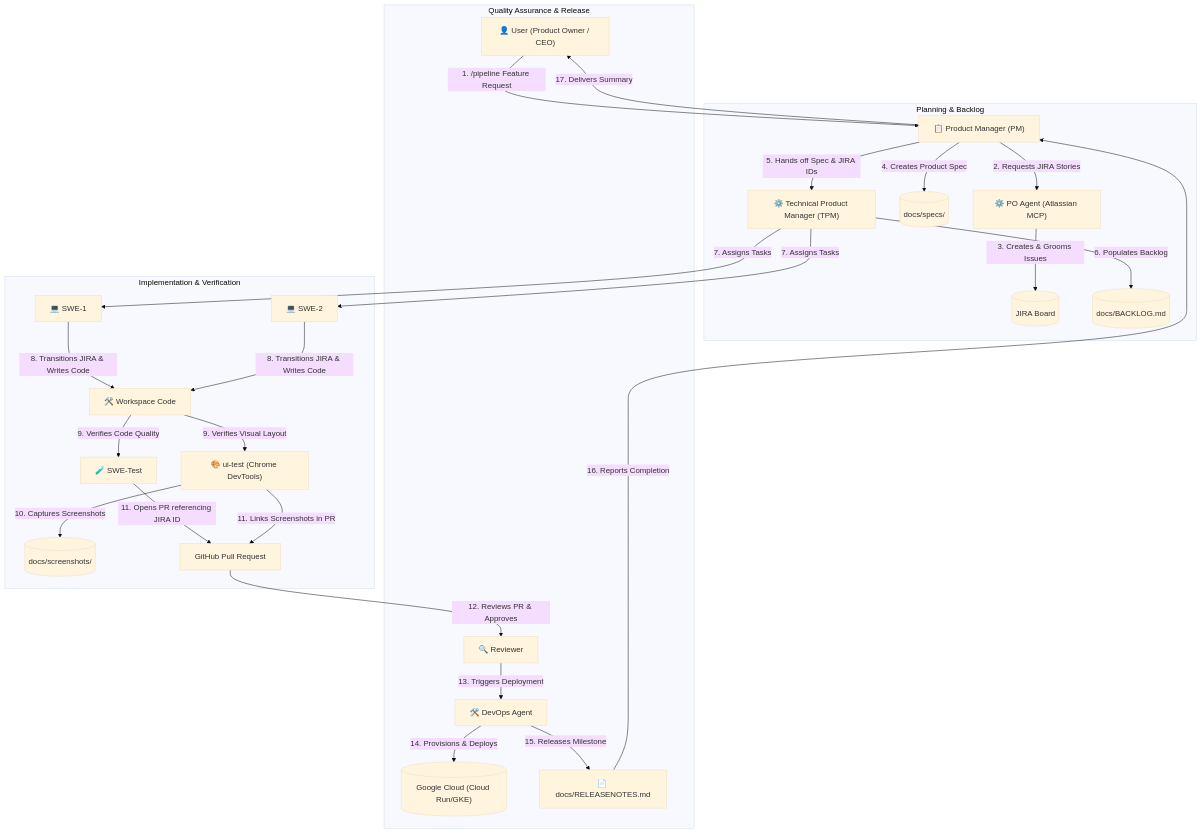
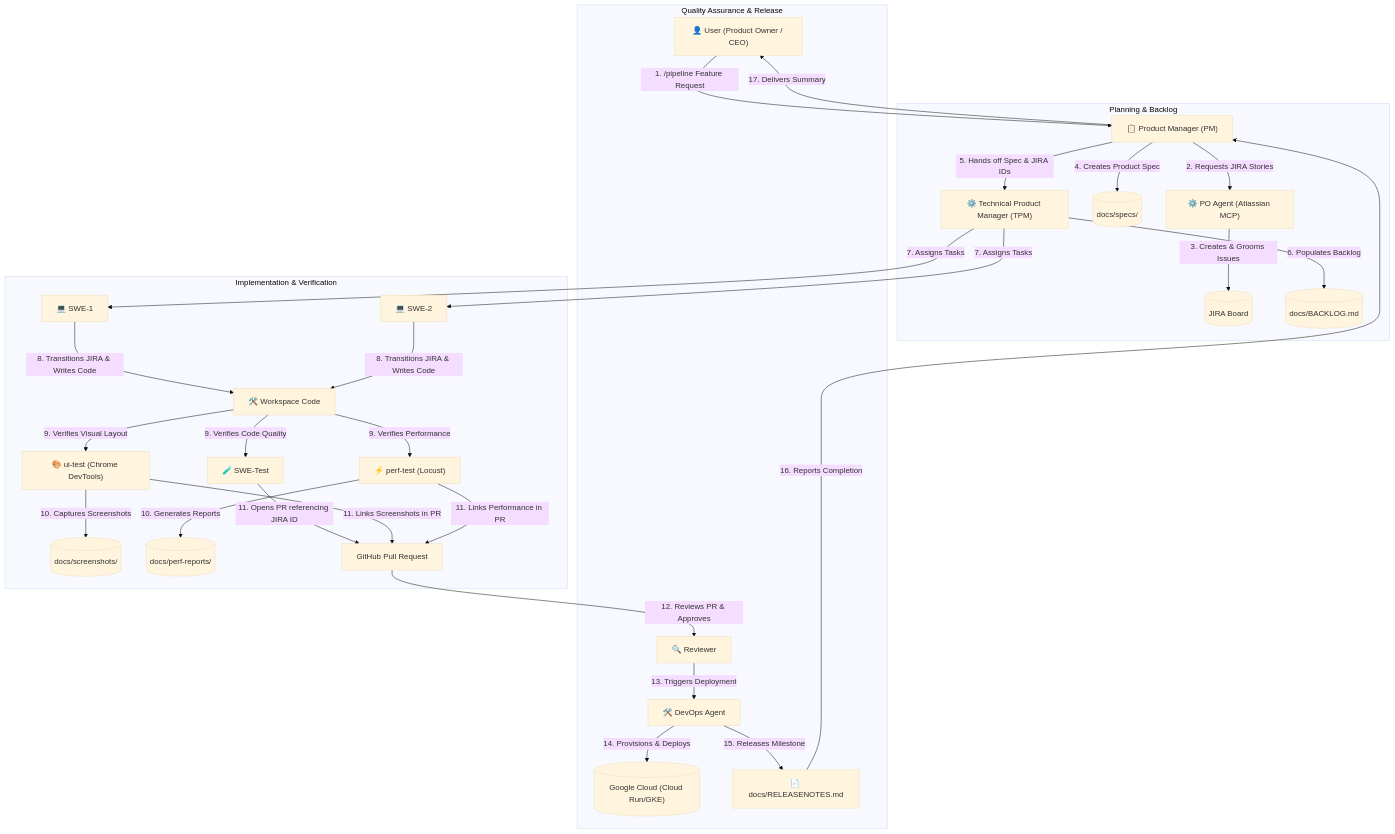
One commit to gitrey/scion-appteam changed the diagram in README.md. Above: the diagram before and after it, drawn with Mermaid (base theme). The commit also changed other lines of this file and 4 other files, not shown here.

First line of the commit message:
feat(templates): add Performance Testing Engineer Agent and headless Locust load testing

````diff
--- a/README.md
+++ b/README.md
@@ -36,33 +36,36 @@
 ```mermaid
 graph TD
     User["👤 User (Product Owner / CEO)"] -->|1. /pipeline Feature Request| PM["📋 Product Manager (PM)"]
     
     subgraph "Planning & Backlog"
         PM -->|2. Requests JIRA Stories| PO["⚙️ PO Agent (Atlassian MCP)"]
         PO -->|3. Creates & Grooms Issues| JIRA[("JIRA Board")]
         PM -->|4. Creates Product Spec| Spec[("docs/specs/")]
         PM -->|5. Hands off Spec & JIRA IDs| TPM["⚙️ Technical Product Manager (TPM)"]
         TPM -->|6. Populates Backlog| Backlog[("docs/BACKLOG.md")]
     end
     
     subgraph "Implementation & Verification"
         TPM -->|7. Assigns Tasks| SWE1["💻 SWE-1"]
         TPM -->|7. Assigns Tasks| SWE2["💻 SWE-2"]
         SWE1 -->|8. Transitions JIRA & Writes Code| Codebase["🛠️ Workspace Code"]
         SWE2 -->|8. Transitions JIRA & Writes Code| Codebase
         Codebase -->|9. Verifies Code Quality| Test["🧪 SWE-Test"]
         Codebase -->|9. Verifies Visual Layout| UITest["🎨 ui-test (Chrome DevTools)"]
+        Codebase -->|9. Verifies Performance| Perf["⚡ perf-test (Locust)"]
         UITest -->|10. Captures Screenshots| Screenshots[("docs/screenshots/")]
+        Perf -->|10. Generates Reports| PerfReports[("docs/perf-reports/")]
         Test -->|11. Opens PR referencing JIRA ID| PR["GitHub Pull Request"]
         UITest -->|11. Links Screenshots in PR| PR
+        Perf -->|11. Links Performance in PR| PR
     end
     
     subgraph "Quality Assurance & Release"
         PR -->|12. Reviews PR & Approves| Reviewer["🔍 Reviewer"]
         Reviewer -->|13. Triggers Deployment| DevOps["🛠️ DevOps Agent"]
         DevOps -->|14. Provisions & Deploys| GCP[("Google Cloud (Cloud Run/GKE)")]
         DevOps -->|15. Releases Milestone| Release["📄 docs/RELEASENOTES.md"]
         Release -->|16. Reports Completion| PM
         PM -->|17. Delivers Summary| User
     end
 ```
````
